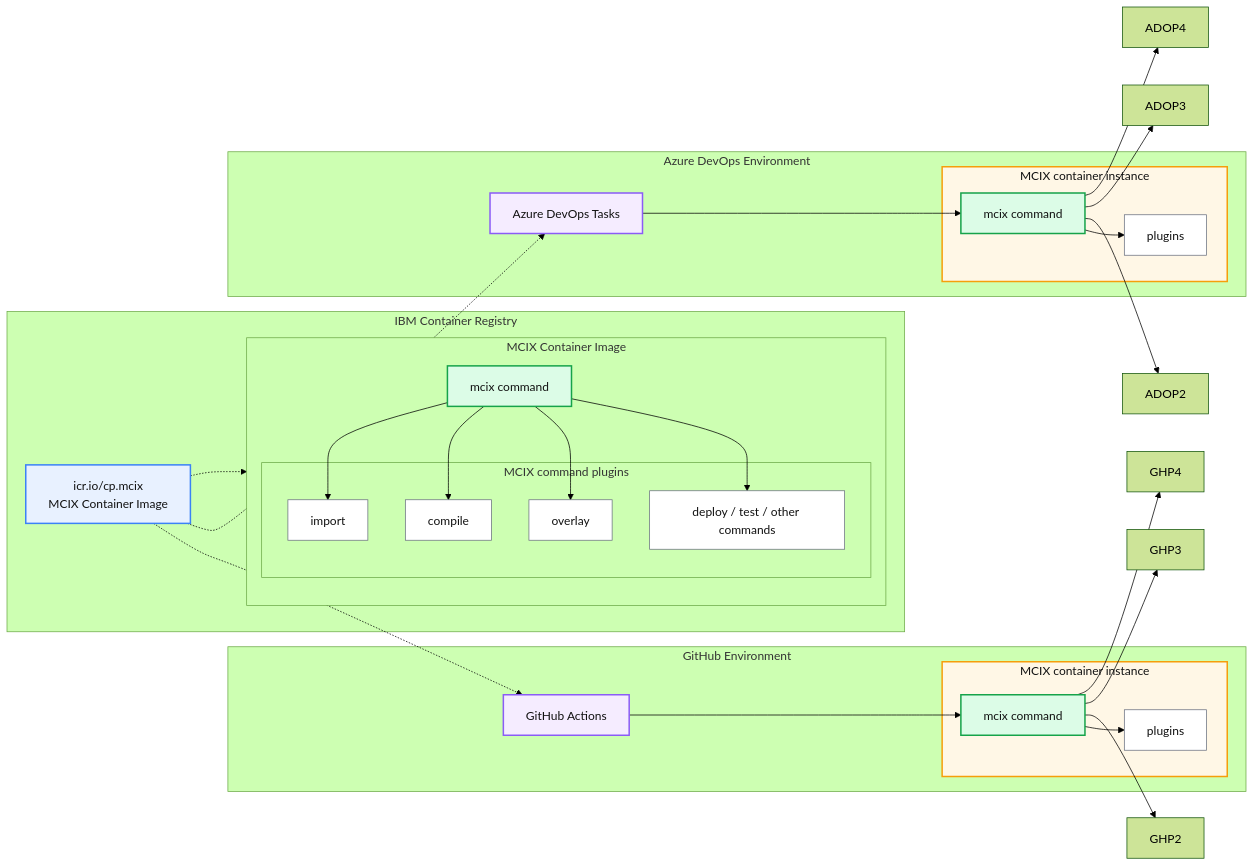
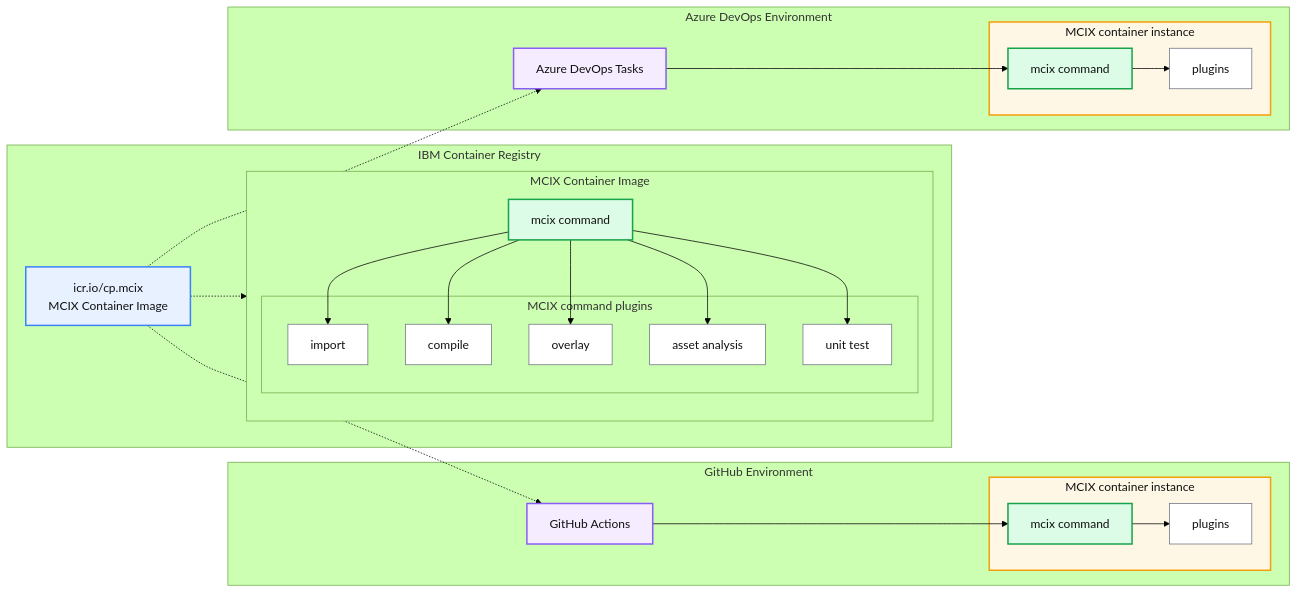
One commit to MettleCI/mcix changed the diagram in ARCHITECTURE.md. Above: the diagram before and after it, drawn with Mermaid (forest theme).

Commit message:
Refine plugin and command structure in ARCHITECTURE.md
Updated plugin and command references in architecture documentation.

````diff
--- a/ARCHITECTURE.md
+++ b/ARCHITECTURE.md
@@ -24,7 +24,7 @@
   end
   class GHA tooling
   class GHMCIX command
-  class GHP1,GHP2,GHP3,GHP4 plugin
+  class GHP1 plugin
   class GHCONT runtime
 
   %% =========================
@@ -41,11 +41,12 @@
               P1["import"]
               P2["compile"]
               P3["overlay"]
-              P4["deploy / test / other commands"]
+              P4["asset analysis"]
+              P5["unit test"]
           end
       end
       class MCIX command
-      class P1,P2,P3,P4 plugin
+      class P1,P2,P3,P4,P5 plugin
       class IMG image
 
   end
@@ -56,6 +57,7 @@
   MCIX --> P2
   MCIX --> P3
   MCIX --> P4
+  MCIX --> P5
 
   %% =========================
   %% Azure DevOps environment
@@ -84,13 +86,7 @@
   %% =========================
   GHA --> GHMCIX
   GHMCIX --> GHP1
-  GHMCIX --> GHP2
-  GHMCIX --> GHP3
-  GHMCIX --> GHP4
 
   ADOT --> ADOMCIX
   ADOMCIX --> ADOP1
-  ADOMCIX --> ADOP2
-  ADOMCIX --> ADOP3
-  ADOMCIX --> ADOP4
 ```
````
